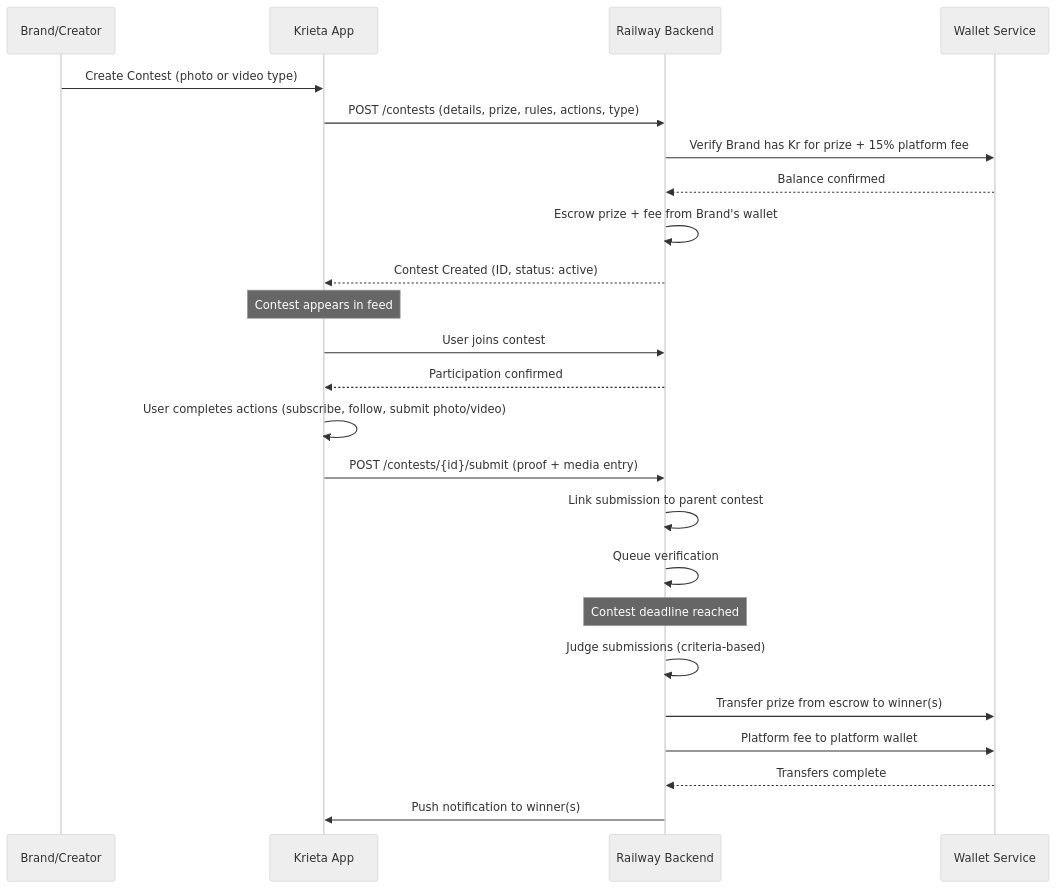
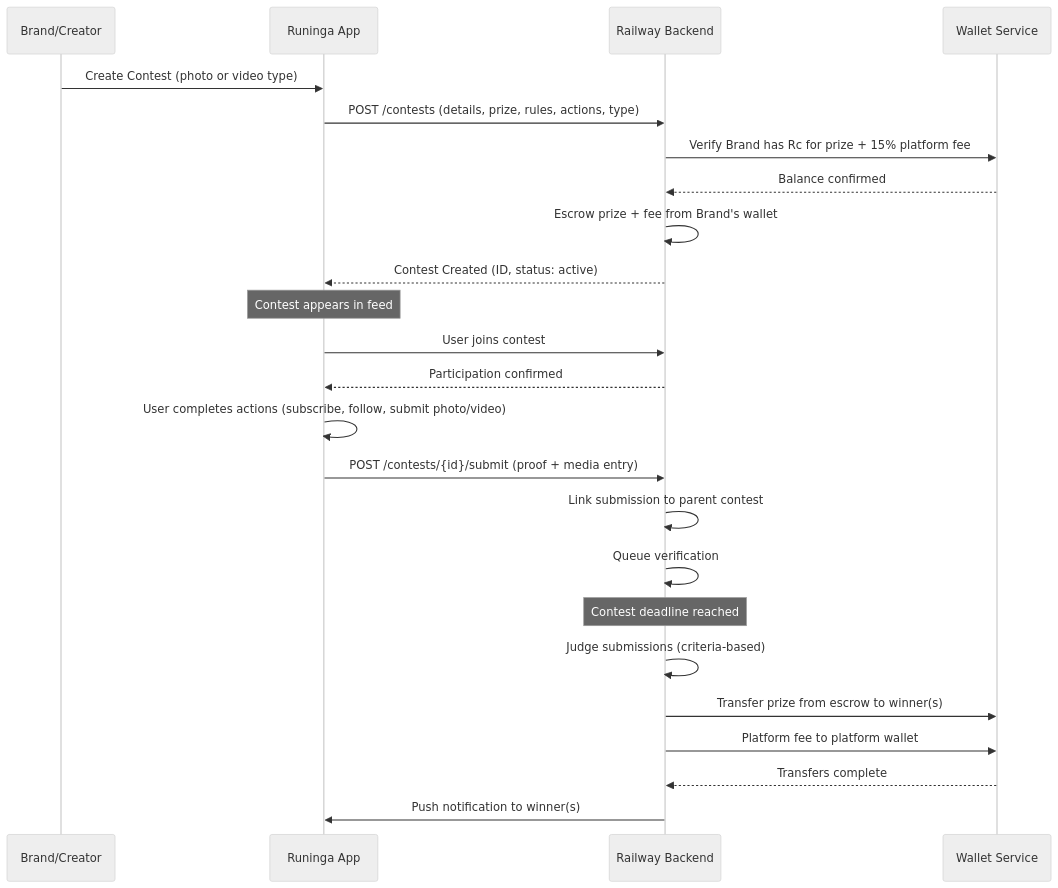
The second of 2 diagrams in Krieta — Full Implementation Plan (v2).md (vitupoa/APPU-APP), drawn with Mermaid (neutral theme) before and after one commit. The commit also changed other lines of this file and 1252 other files, not shown here.

First line of the commit message:
Rebrand: Krieta to Runinga + Certificate Pinning

````diff
--- a/Krieta — Full Implementation Plan (v2).md
+++ b/Krieta — Full Implementation Plan (v2).md
@@ -1005,32 +1005,32 @@
 ```mermaid
 sequenceDiagram
     participant Brand as Brand/Creator
-    participant App as Krieta App
+    participant App as Runinga App
     participant Server as Railway Backend
     participant Wallet as Wallet Service
 
     Brand->>App: Create Contest (photo or video type)
     App->>Server: POST /contests (details, prize, rules, actions, type)
-    Server->>Wallet: Verify Brand has Kr for prize + 15% platform fee
+    Server->>Wallet: Verify Brand has Rc for prize + 15% platform fee
     Wallet-->>Server: Balance confirmed
     Server->>Server: Escrow prize + fee from Brand's wallet
     Server-->>App: Contest Created (ID, status: active)
 
     Note over App: Contest appears in feed
 
     App->>Server: User joins contest
     Server-->>App: Participation confirmed
 
     App->>App: User completes actions (subscribe, follow, submit photo/video)
     App->>Server: POST /contests/{id}/submit (proof + media entry)
     Server->>Server: Link submission to parent contest
     Server->>Server: Queue verification
 
     Note over Server: Contest deadline reached
 
     Server->>Server: Judge submissions (criteria-based)
     Server->>Wallet: Transfer prize from escrow to winner(s)
     Server->>Wallet: Platform fee to platform wallet
     Wallet-->>Server: Transfers complete
     Server->>App: Push notification to winner(s)
 ```
````
